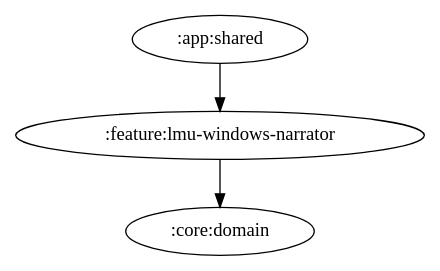
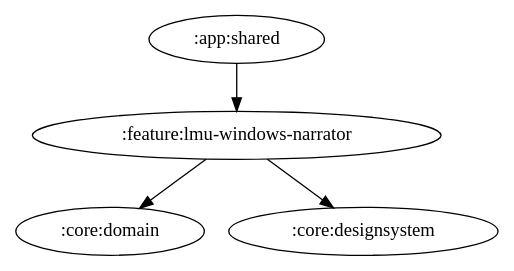
The diagram in docs/graphs/feature-lmu-windows-narrator.gv (ai-kurou/KoDriver), drawn with Graphviz before and after one commit. The commit also changed 9 other files, not shown here.

Commit message:
chore: update module graph images

```diff
--- a/docs/graphs/feature-lmu-windows-narrator.gv
+++ b/docs/graphs/feature-lmu-windows-narrator.gv
@@ -1,5 +1,6 @@
 digraph G {
   rankdir=TB
   ":app:shared" -> ":feature:lmu-windows-narrator"
   ":feature:lmu-windows-narrator" -> ":core:domain"
+  ":feature:lmu-windows-narrator" -> ":core:designsystem"
 }
```
